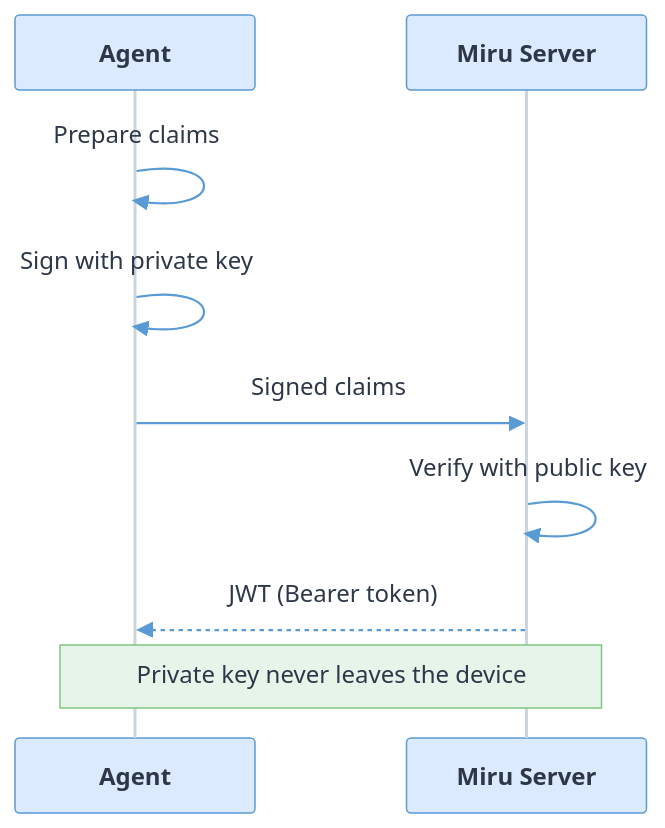
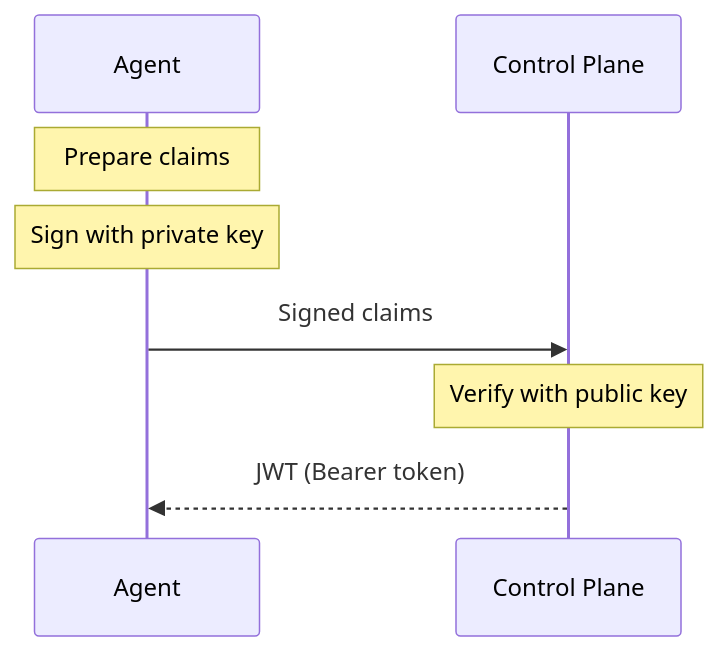
One commit to mirurobotics/docs changed the second of 2 diagrams in docs/developers/agent/security.mdx. Above: the diagram before and after it, drawn with Mermaid. The commit also changed other lines of this file and 9 other files, not shown here.

Commit message:
feat: expose agent security and architecture documentation

````diff
--- a/docs/developers/agent/security.mdx
+++ b/docs/developers/agent/security.mdx
@@ -66,40 +43,12 @@
 ```mermaid
-%%{init: {
-  'theme': 'base',
-  'themeVariables': {
-    'actorBkg': '#dbeafe',
-    'actorBorder': '#5b9bd5',
-    'actorTextColor': '#2d3748',
-    'actorLineColor': '#cbd5e0',
-    'signalColor': '#5b9bd5',
-    'signalTextColor': '#2d3748',
-    'noteBkgColor': '#e6f4ea',
-    'noteBorderColor': '#81c784',
-    'noteTextColor': '#2d3748',
-    'activationBkgColor': '#e8f4f8',
-    'activationBorderColor': '#5b9bd5',
-    'fontFamily': 'system-ui, sans-serif',
-    'fontSize': '14px'
-  },
-  'sequence': {
-    'actorMargin': 100,
-    'messageMargin': 40,
-    'width': 160,
-    'height': 50,
-    'actorFontSize': 14,
-    'actorFontWeight': 600,
-    'messageFontSize': 13,
-    'noteFontSize': 12
-  }
-}}%%
+%%{init: {'sequence': {'actorMargin': 120, 'diagramMarginX': 60, 'messageMargin': 45}}}%%
 sequenceDiagram
     participant A as Agent
-    participant S as Miru Server
+    participant S as Control Plane
 
-    A->>A: Prepare claims
-    A->>A: Sign with private key
+    Note over A: Prepare claims
+    Note over A: Sign with private key
     A->>S: Signed claims
-    S->>S: Verify with public key
+    Note over S: Verify with public key
     S-->>A: JWT (Bearer token)
-    Note over A,S: Private key never leaves the device
 ```
````
